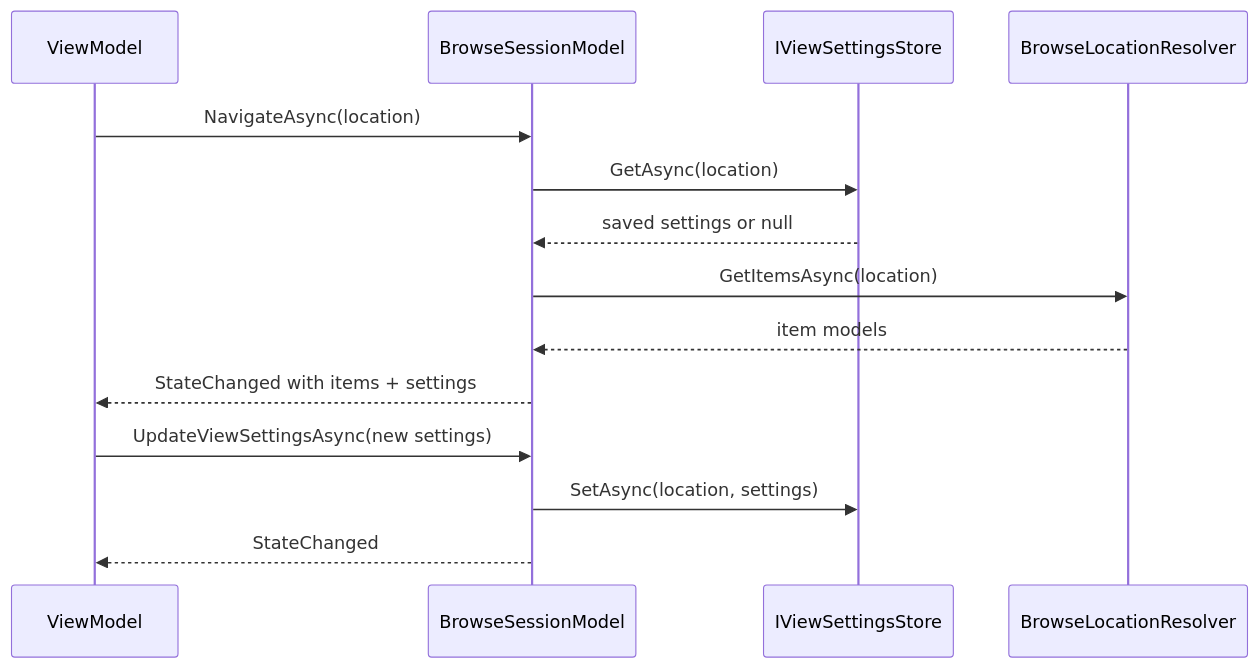
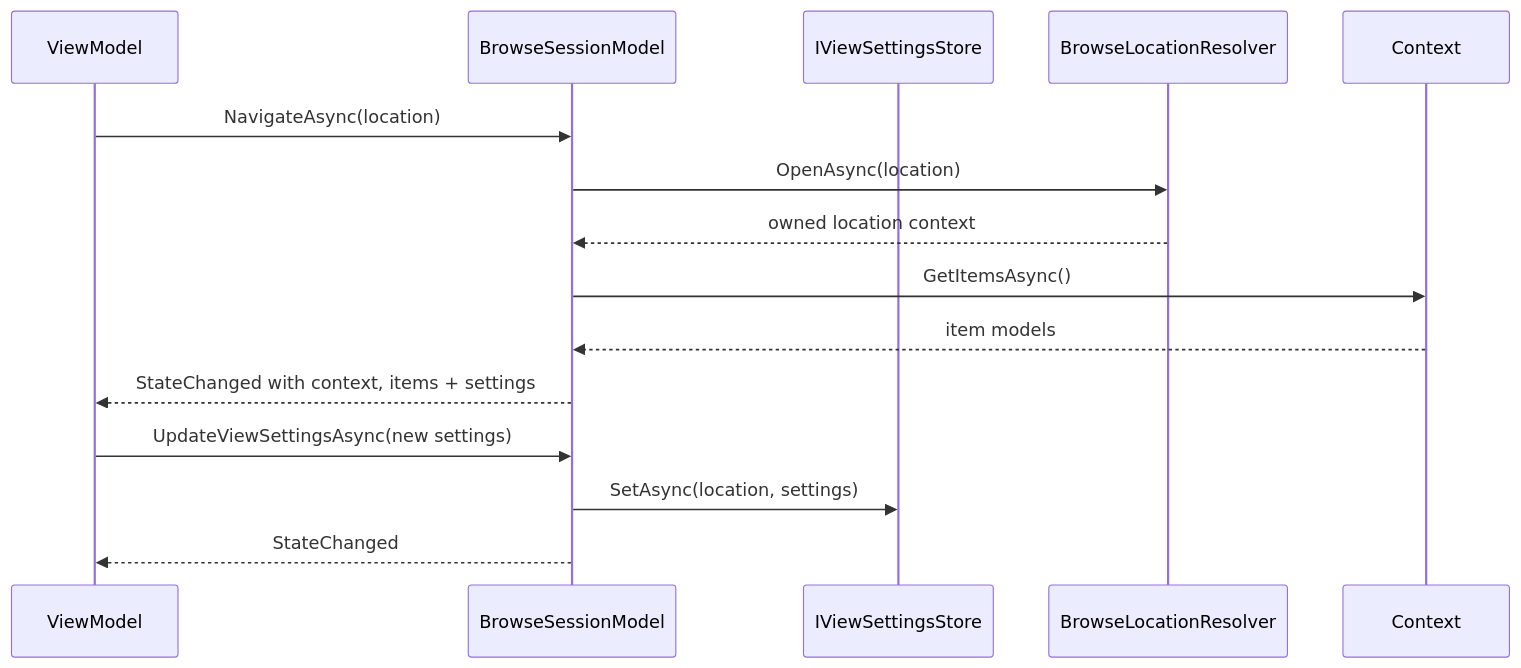
Before and after one commit to 0x5bfa/Files: the second of 2 diagrams in docs/architecture/view-settings.md, drawn with Mermaid. The commit also changed other lines of this file and 12 other files, not shown here.

Commit message:
Introduce IBrowseLocationContext

````diff
--- a/docs/architecture/view-settings.md
+++ b/docs/architecture/view-settings.md
@@ -40,17 +40,17 @@
 ```mermaid
 sequenceDiagram
     participant VM as ViewModel
     participant Session as BrowseSessionModel
     participant Store as IViewSettingsStore
     participant Resolver as BrowseLocationResolver
 
     VM->>Session: NavigateAsync(location)
-    Session->>Store: GetAsync(location)
-    Store-->>Session: saved settings or null
-    Session->>Resolver: GetItemsAsync(location)
-    Resolver-->>Session: item models
-    Session-->>VM: StateChanged with items + settings
+    Session->>Resolver: OpenAsync(location)
+    Resolver-->>Session: owned location context
+    Session->>Context: GetItemsAsync()
+    Context-->>Session: item models
+    Session-->>VM: StateChanged with context, items + settings
     VM->>Session: UpdateViewSettingsAsync(new settings)
     Session->>Store: SetAsync(location, settings)
     Session-->>VM: StateChanged
 ```
````
